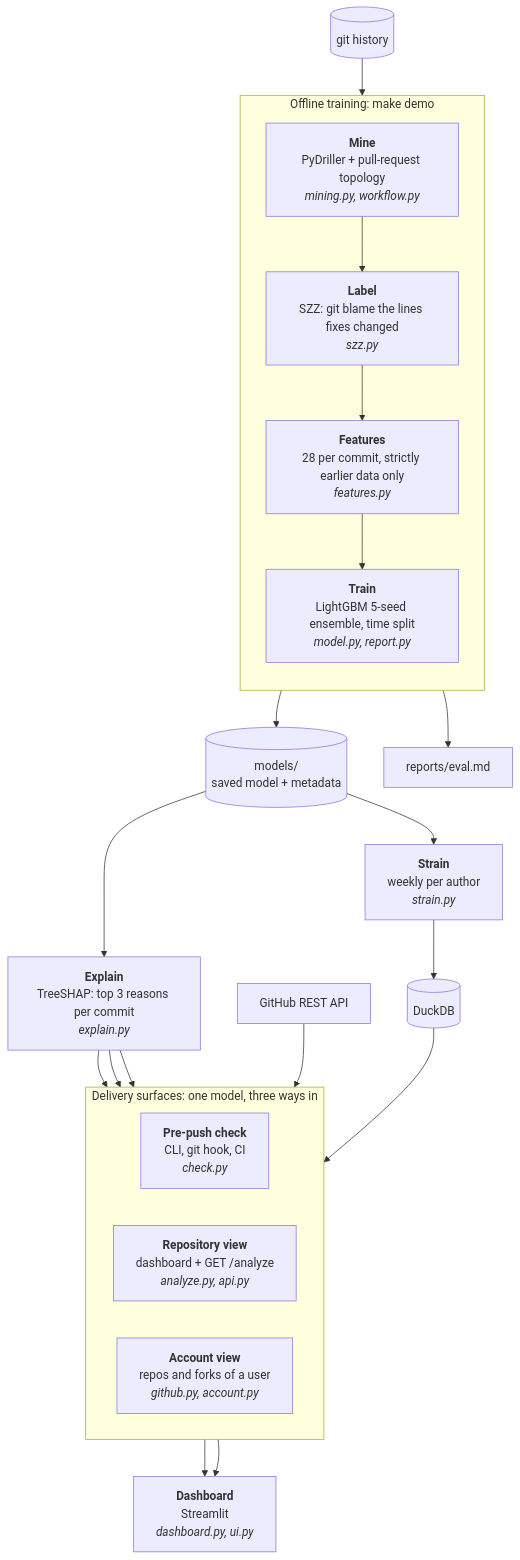
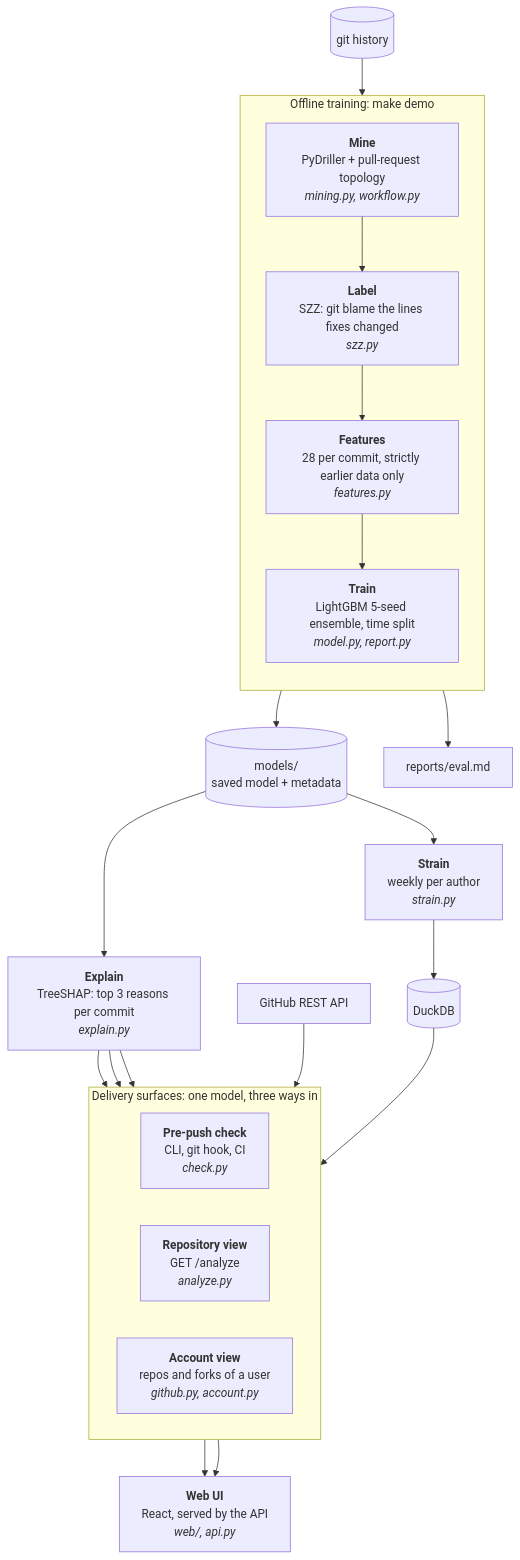
One commit to Iamshi-vissa/CommitRad changed the diagram in README.md. Above: the diagram before and after it, drawn with Mermaid. The commit also changed other lines of this file and 27 other files, not shown here.

Commit message:
Remove the Streamlit dashboard; the React UI is now the only UI

````diff
--- a/README.md
+++ b/README.md
@@ -111,34 +106,34 @@
 ```mermaid
 flowchart TD
     G[(git history)] --> M
 
     subgraph TRAIN["Offline training: make demo"]
         direction TB
         M["<b>Mine</b><br/>PyDriller + pull-request topology<br/><i>mining.py, workflow.py</i>"]
         L["<b>Label</b><br/>SZZ: git blame the lines fixes changed<br/><i>szz.py</i>"]
         F["<b>Features</b><br/>28 per commit, strictly earlier data only<br/><i>features.py</i>"]
         T["<b>Train</b><br/>LightGBM 5-seed ensemble, time split<br/><i>model.py, report.py</i>"]
         M --> L --> F --> T
     end
 
     T --> MD[("models/<br/>saved model + metadata")]
     T --> EV["reports/eval.md"]
 
     MD --> X["<b>Explain</b><br/>TreeSHAP: top 3 reasons per commit<br/><i>explain.py</i>"]
     MD --> S["<b>Strain</b><br/>weekly per author<br/><i>strain.py</i>"] --> DB[("DuckDB")]
 
     subgraph SURF["Delivery surfaces: one model, three ways in"]
         direction LR
         CK["<b>Pre-push check</b><br/>CLI, git hook, CI<br/><i>check.py</i>"]
-        RV["<b>Repository view</b><br/>dashboard + GET /analyze<br/><i>analyze.py, api.py</i>"]
+        RV["<b>Repository view</b><br/>GET /analyze<br/><i>analyze.py</i>"]
         AV["<b>Account view</b><br/>repos and forks of a user<br/><i>github.py, account.py</i>"]
     end
 
     X --> CK
     X --> RV
     X --> AV
     GH[GitHub REST API] --> AV
     DB --> RV
-    RV --> D["<b>Dashboard</b><br/>Streamlit<br/><i>dashboard.py, ui.py</i>"]
+    RV --> D["<b>Web UI</b><br/>React, served by the API<br/><i>web/, api.py</i>"]
     AV --> D
 ```
````
